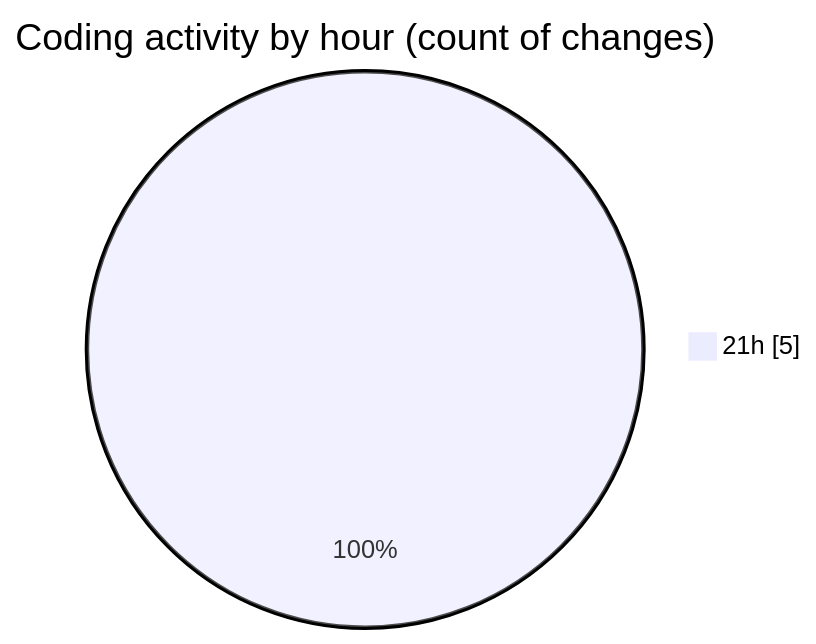
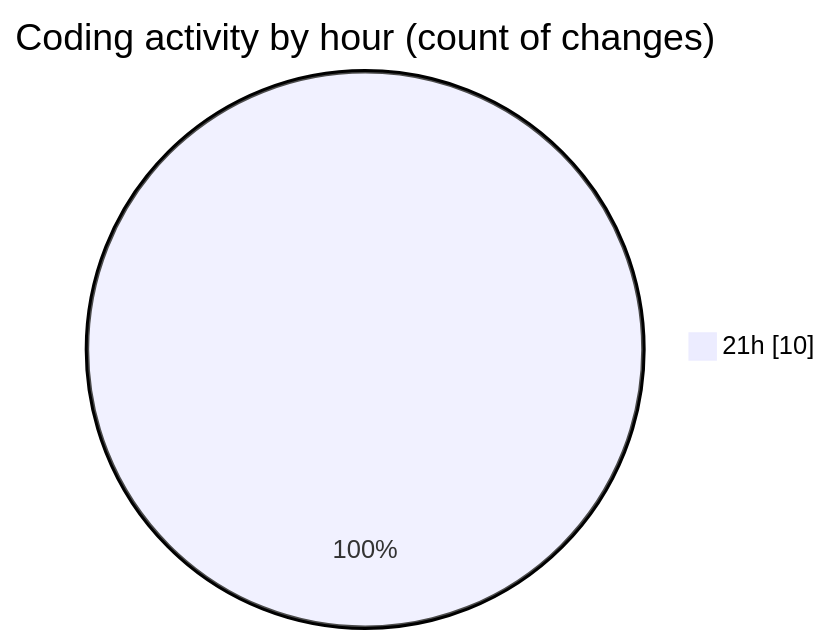
Before and after one commit to Netris89/code-tracking: the second of 2 diagrams in 2025-03-26/echo/README.md, drawn with Mermaid. The commit also changed other lines of this file and 1 other file, not shown here.

````diff
--- a/2025-03-26/echo/README.md
+++ b/2025-03-26/echo/README.md
@@ -30,5 +34,5 @@
 ```mermaid
 pie showData
 title Coding activity by hour (count of changes)
-"21h" : 5
+"21h" : 10
 ```
````
